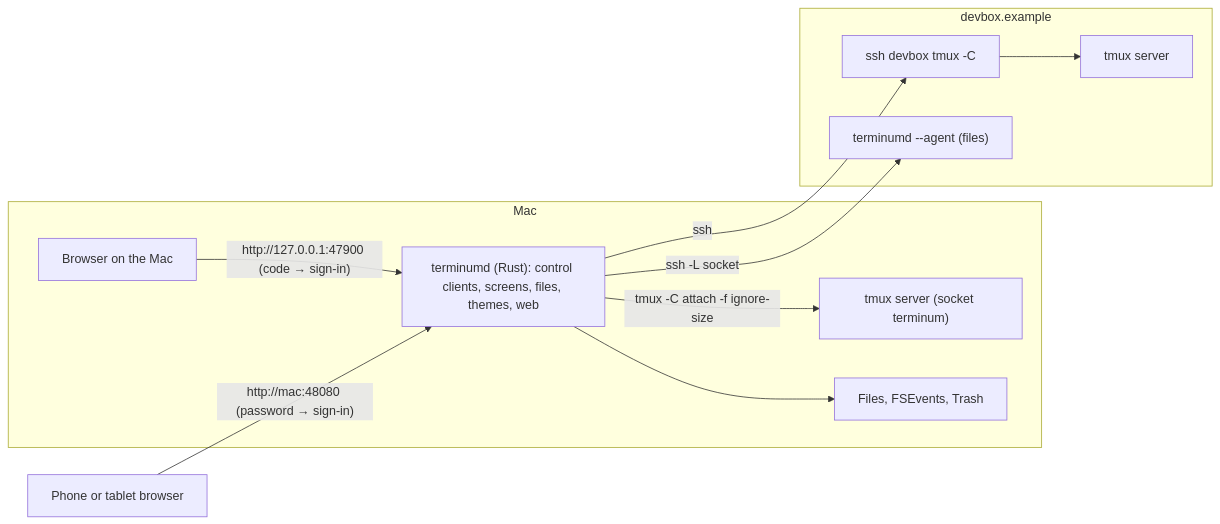
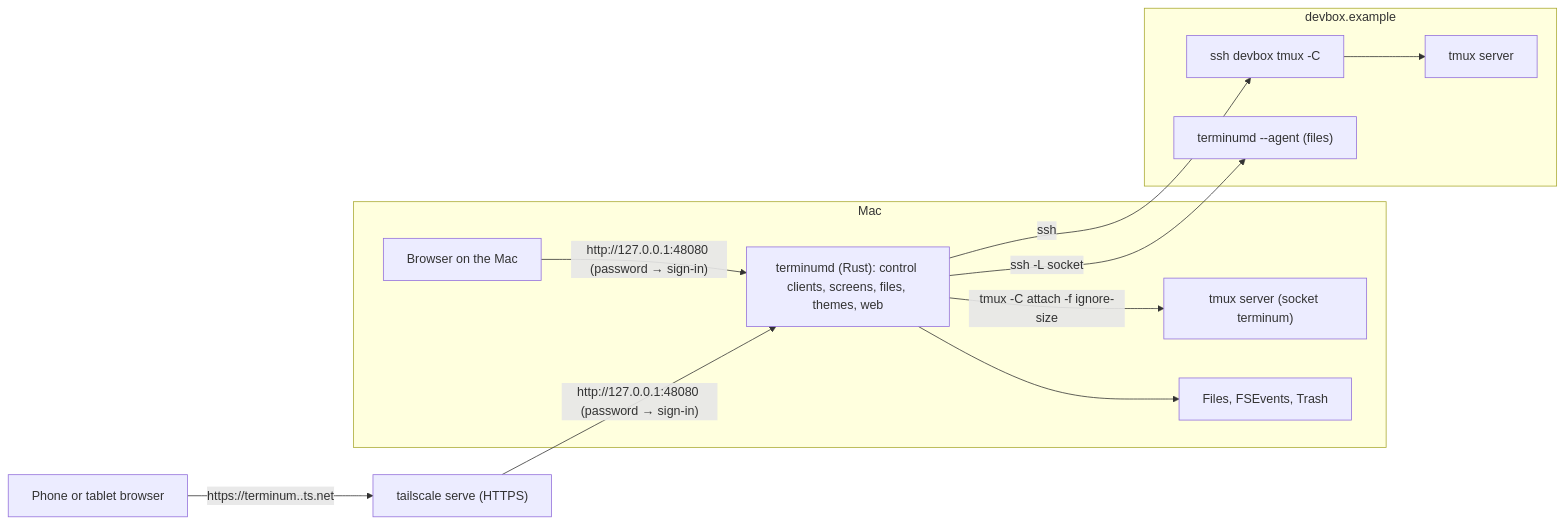
Before and after one commit to extractumio/terminum: the first of 5 diagrams in docs/specs/terminum.md, drawn with Mermaid. The commit also changed other lines of this file and 49 other files, not shown here.

````diff
--- a/docs/specs/terminum.md
+++ b/docs/specs/terminum.md
@@ -674,21 +680,22 @@
 ```mermaid
 flowchart LR
   subgraph Mac
     BR["Browser on the Mac"]
     TD["terminumd (Rust): control clients, screens, files, themes, web"]
     TM["tmux server (socket terminum)"]
     FS["Files, FSEvents, Trash"]
   end
   subgraph Host["devbox.example"]
     SSH["ssh devbox tmux -C"]
     RTM["tmux server"]
     AG["terminumd --agent (files)"]
   end
   PH["Phone or tablet browser"]
-  BR -- "http://127.0.0.1:47900 (code → sign-in)" --> TD
-  PH -- "http://mac:48080 (password → sign-in)" --> TD
+  TS["tailscale serve (HTTPS)"]
+  BR -- "http://127.0.0.1:48080 (password → sign-in)" --> TD
+  PH -- "https://terminum.<tailnet>.ts.net" --> TS -- "http://127.0.0.1:48080 (password → sign-in)" --> TD
   TD -- "tmux -C attach -f ignore-size" --> TM
   TD --> FS
   TD -- "ssh" --> SSH --> RTM
   TD -- "ssh -L socket" --> AG
 ```
````
